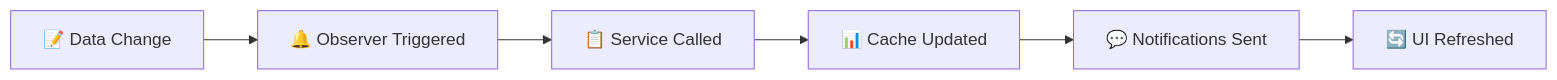
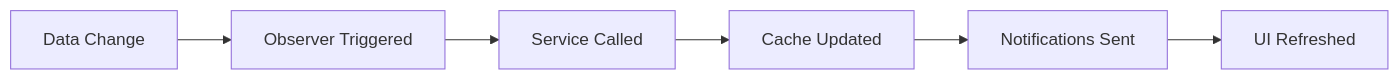
The tenth of 17 diagrams in README.md (Event-Management-Ticketing-System-EMTS/Event-Management-Ticketing-System), drawn with Mermaid before and after one commit. The commit also changed other lines of this file, not shown here.

````diff
--- a/README.md
+++ b/README.md
@@ -292,8 +308,8 @@
 ```mermaid
 graph LR
-    A[📝 Data Change] --> B[🔔 Observer Triggered]
-    B --> C[📋 Service Called]
-    C --> D[📊 Cache Updated]
-    D --> E[💬 Notifications Sent]
-    E --> F[🔄 UI Refreshed]
+ A[Data Change] --> B[Observer Triggered]
+ B --> C[Service Called]
+ C --> D[Cache Updated]
+ D --> E[Notifications Sent]
+ E --> F[UI Refreshed]
 ```
````
